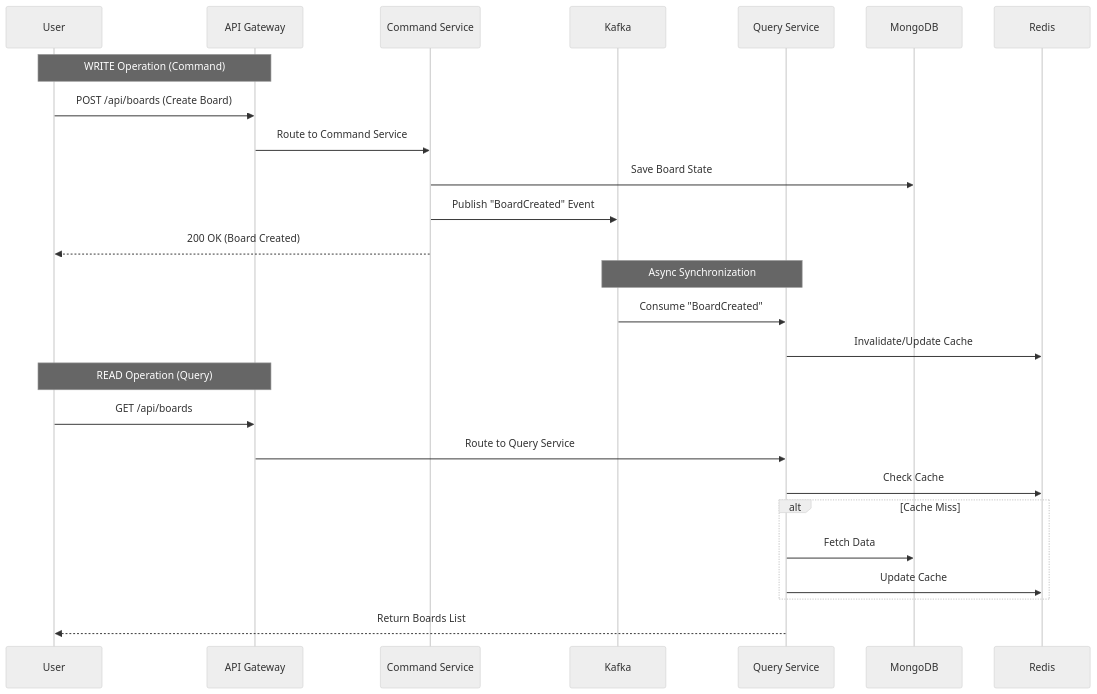
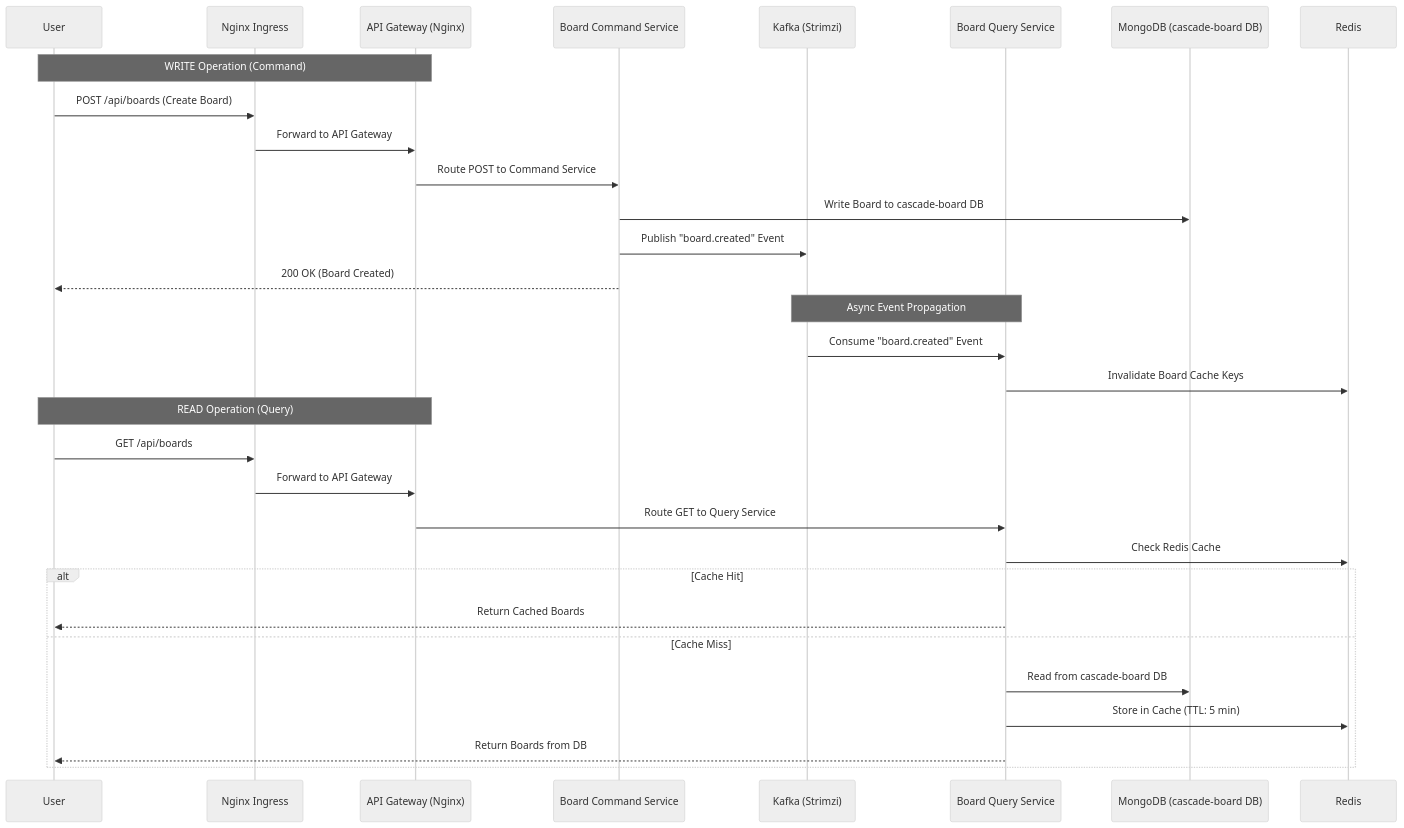
Before and after one commit to MemerGamer/Cascade: the second of 2 diagrams in docs/architecture_presentation.md, drawn with Mermaid (neutral theme). The commit also changed other lines of this file and 12 other files, not shown here.

````diff
--- a/docs/architecture_presentation.md
+++ b/docs/architecture_presentation.md
@@ -67,31 +73,36 @@
 ```mermaid
 sequenceDiagram
     participant User
-    participant Gateway as API Gateway
-    participant Cmd as Command Service
-    participant Kafka
-    participant Query as Query Service
-    participant DB as MongoDB
+    participant Ingress as Nginx Ingress
+    participant Gateway as API Gateway (Nginx)
+    participant Cmd as Board Command Service
+    participant Kafka as Kafka (Strimzi)
+    participant Query as Board Query Service
+    participant DB as MongoDB (cascade-board DB)
     participant Cache as Redis
 
     Note over User, Gateway: WRITE Operation (Command)
-    User->>Gateway: POST /api/boards (Create Board)
-    Gateway->>Cmd: Route to Command Service
-    Cmd->>DB: Save Board State
-    Cmd->>Kafka: Publish "BoardCreated" Event
+    User->>Ingress: POST /api/boards (Create Board)
+    Ingress->>Gateway: Forward to API Gateway
+    Gateway->>Cmd: Route POST to Command Service
+    Cmd->>DB: Write Board to cascade-board DB
+    Cmd->>Kafka: Publish "board.created" Event
     Cmd-->>User: 200 OK (Board Created)
 
-    Note over Kafka, Query: Async Synchronization
-    Kafka->>Query: Consume "BoardCreated"
-    Query->>Cache: Invalidate/Update Cache
+    Note over Kafka, Query: Async Event Propagation
+    Kafka->>Query: Consume "board.created" Event
+    Query->>Cache: Invalidate Board Cache Keys
 
     Note over User, Gateway: READ Operation (Query)
-    User->>Gateway: GET /api/boards
-    Gateway->>Query: Route to Query Service
-    Query->>Cache: Check Cache
-    alt Cache Miss
-        Query->>DB: Fetch Data
-        Query->>Cache: Update Cache
+    User->>Ingress: GET /api/boards
+    Ingress->>Gateway: Forward to API Gateway
+    Gateway->>Query: Route GET to Query Service
+    Query->>Cache: Check Redis Cache
+    alt Cache Hit
+        Query-->>User: Return Cached Boards
+    else Cache Miss
+        Query->>DB: Read from cascade-board DB
+        Query->>Cache: Store in Cache (TTL: 5 min)
+        Query-->>User: Return Boards from DB
     end
-    Query-->>User: Return Boards List
 ```
````
